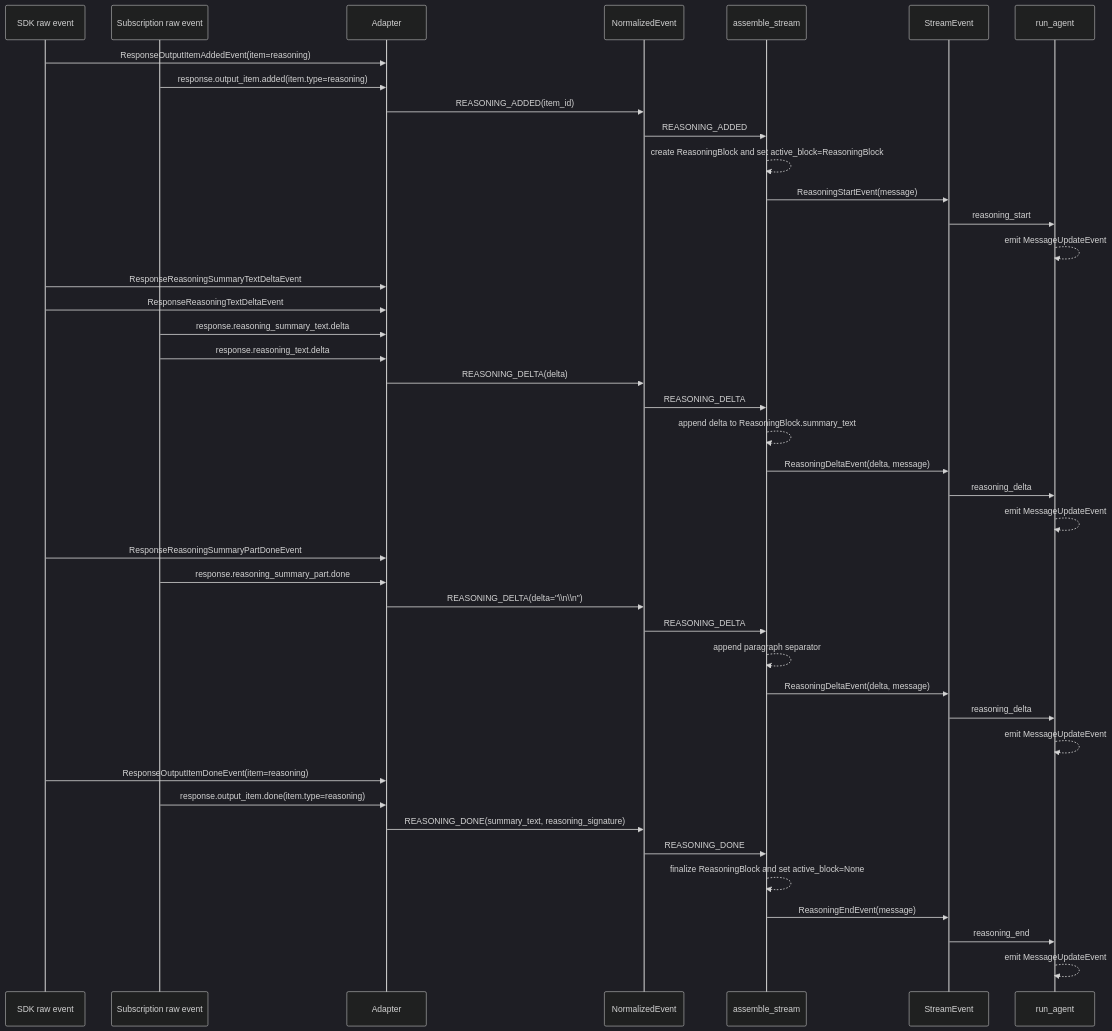
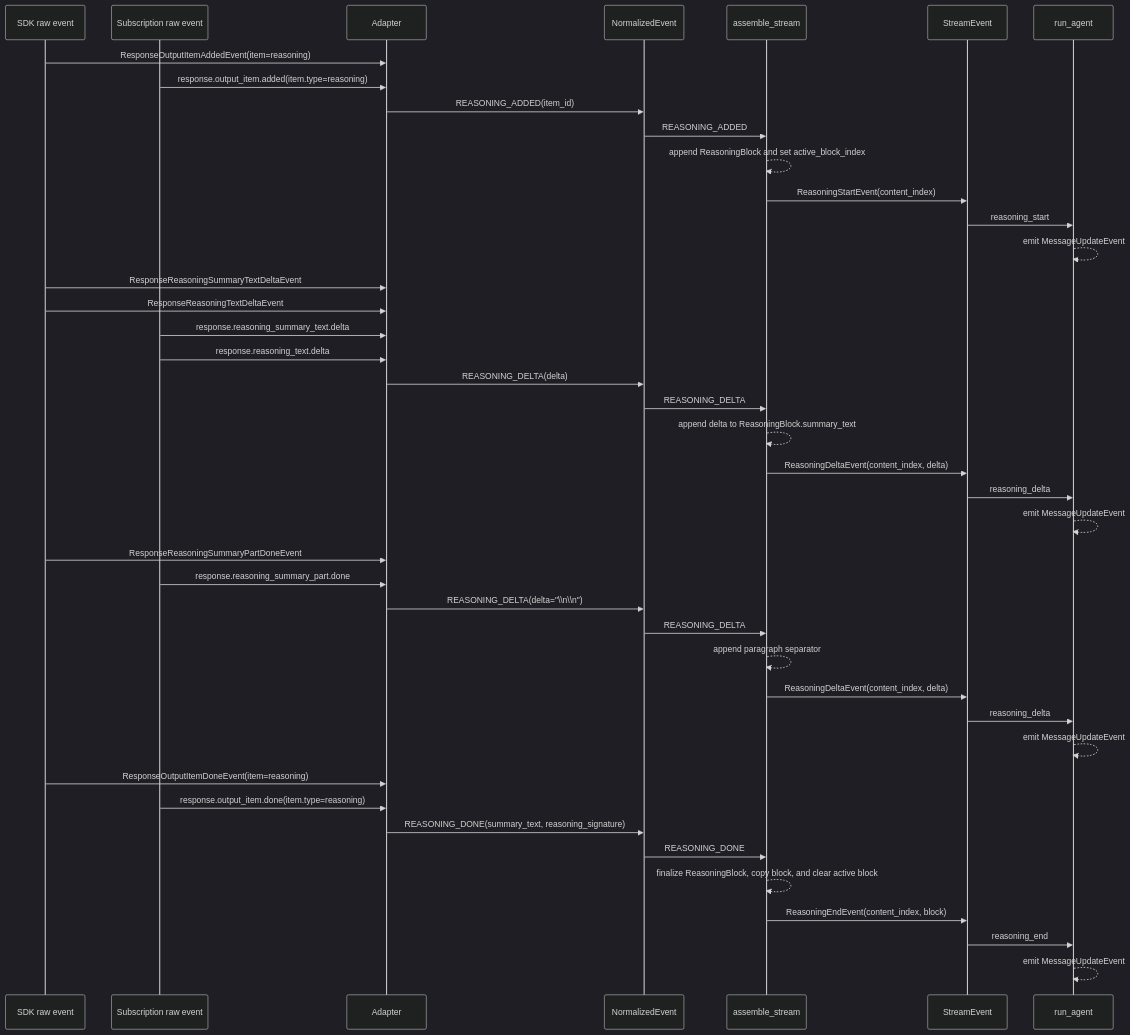
One commit to muneebshahid/tile changed the third of 8 diagrams in docs/openai-stream-event-lifecycle.md. Above: the diagram before and after it, drawn with Mermaid (dark theme). The commit also changed other lines of this file and 1 other file, not shown here.

````diff
--- a/docs/openai-stream-event-lifecycle.md
+++ b/docs/openai-stream-event-lifecycle.md
@@ -63,48 +63,48 @@
 ```mermaid
 sequenceDiagram
     participant SDK as SDK raw event
     participant Sub as Subscription raw event
     participant Adapter as Adapter
     participant Norm as NormalizedEvent
     participant Asm as assemble_stream
     participant Stream as StreamEvent
     participant Agent as run_agent
 
     SDK->>Adapter: ResponseOutputItemAddedEvent(item=reasoning)
     Sub->>Adapter: response.output_item.added(item.type=reasoning)
     Adapter->>Norm: REASONING_ADDED(item_id)
     Norm->>Asm: REASONING_ADDED
-    Asm-->>Asm: create ReasoningBlock and set active_block=ReasoningBlock
-    Asm->>Stream: ReasoningStartEvent(message)
+    Asm-->>Asm: append ReasoningBlock and set active_block_index
+    Asm->>Stream: ReasoningStartEvent(content_index)
     Stream->>Agent: reasoning_start
     Agent-->>Agent: emit MessageUpdateEvent
 
     SDK->>Adapter: ResponseReasoningSummaryTextDeltaEvent
     SDK->>Adapter: ResponseReasoningTextDeltaEvent
     Sub->>Adapter: response.reasoning_summary_text.delta
     Sub->>Adapter: response.reasoning_text.delta
     Adapter->>Norm: REASONING_DELTA(delta)
     Norm->>Asm: REASONING_DELTA
     Asm-->>Asm: append delta to ReasoningBlock.summary_text
-    Asm->>Stream: ReasoningDeltaEvent(delta, message)
+    Asm->>Stream: ReasoningDeltaEvent(content_index, delta)
     Stream->>Agent: reasoning_delta
     Agent-->>Agent: emit MessageUpdateEvent
 
     SDK->>Adapter: ResponseReasoningSummaryPartDoneEvent
     Sub->>Adapter: response.reasoning_summary_part.done
     Adapter->>Norm: REASONING_DELTA(delta="\\n\\n")
     Norm->>Asm: REASONING_DELTA
     Asm-->>Asm: append paragraph separator
-    Asm->>Stream: ReasoningDeltaEvent(delta, message)
+    Asm->>Stream: ReasoningDeltaEvent(content_index, delta)
     Stream->>Agent: reasoning_delta
     Agent-->>Agent: emit MessageUpdateEvent
 
     SDK->>Adapter: ResponseOutputItemDoneEvent(item=reasoning)
     Sub->>Adapter: response.output_item.done(item.type=reasoning)
     Adapter->>Norm: REASONING_DONE(summary_text, reasoning_signature)
     Norm->>Asm: REASONING_DONE
-    Asm-->>Asm: finalize ReasoningBlock and set active_block=None
-    Asm->>Stream: ReasoningEndEvent(message)
+    Asm-->>Asm: finalize ReasoningBlock, copy block, and clear active block
+    Asm->>Stream: ReasoningEndEvent(content_index, block)
     Stream->>Agent: reasoning_end
     Agent-->>Agent: emit MessageUpdateEvent
 ```
````
